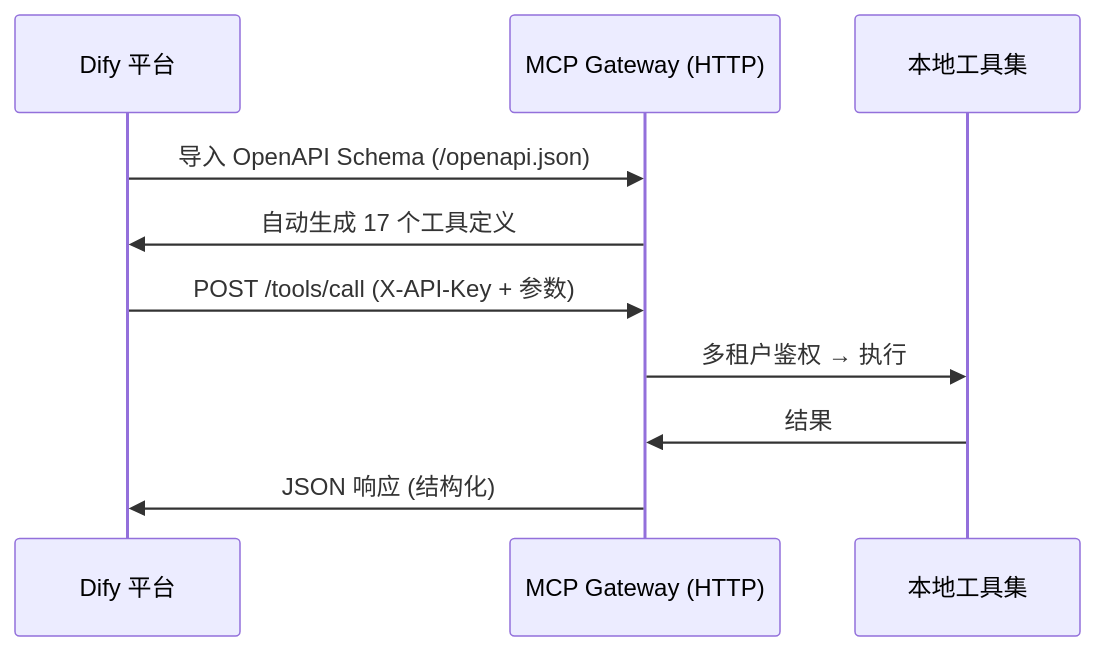
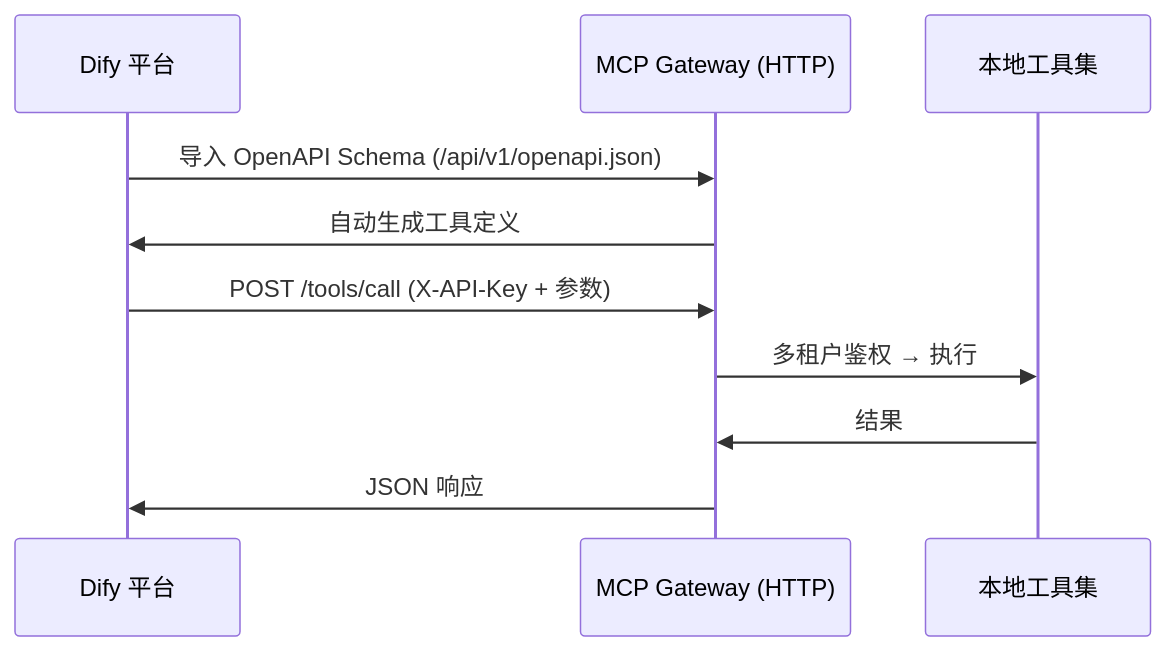
The second of 3 diagrams in README.md (wuwo1979/agent), drawn with Mermaid before and after one commit. The commit also changed other lines of this file and 10 other files, not shown here.

First line of the commit message:
refactor: 全面替换AI概念图为实测截图 + 补充架构图/性能图/配置模板/错误码文档

````diff
--- a/README.md
+++ b/README.md
@@ -114,13 +154,13 @@
 ```mermaid
 sequenceDiagram
   participant Dify as Dify 平台
   participant Gateway as MCP Gateway (HTTP)
   participant Tools as 本地工具集
 
-  Dify->>Gateway: 导入 OpenAPI Schema (/openapi.json)
-  Gateway->>Dify: 自动生成 17 个工具定义
+  Dify->>Gateway: 导入 OpenAPI Schema (/api/v1/openapi.json)
+  Gateway->>Dify: 自动生成工具定义
   Dify->>Gateway: POST /tools/call (X-API-Key + 参数)
   Gateway->>Tools: 多租户鉴权 → 执行
   Tools->>Gateway: 结果
-  Gateway->>Dify: JSON 响应 (结构化)
+  Gateway->>Dify: JSON 响应
 ```
````
